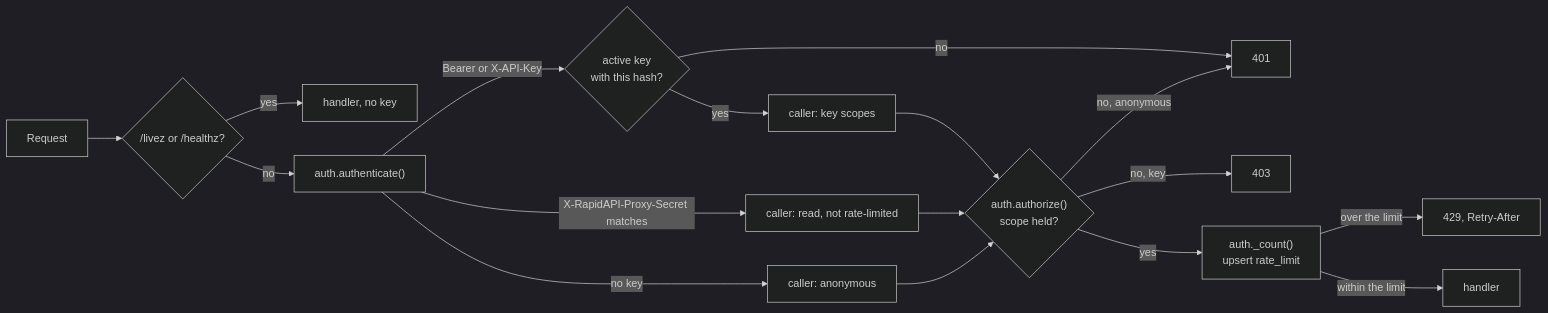
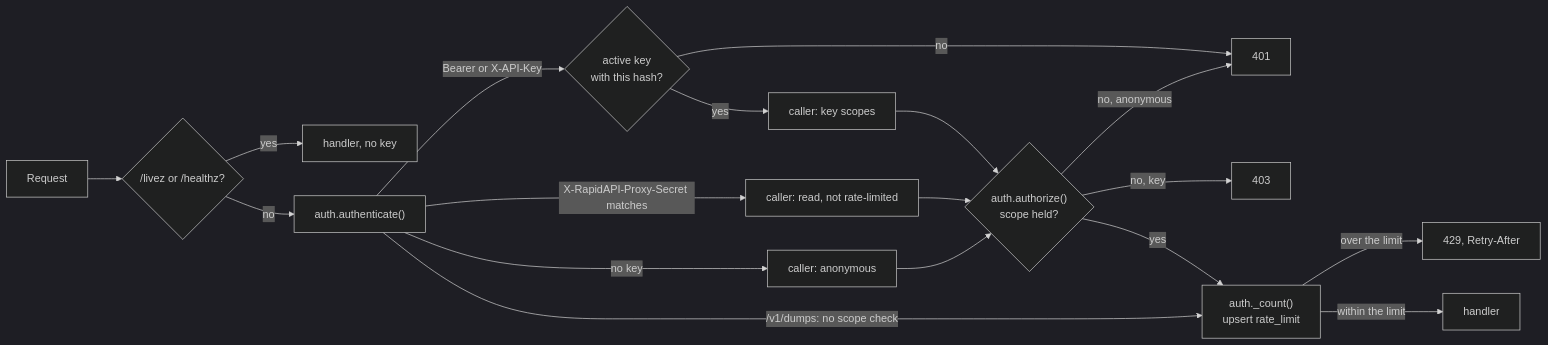
Diagram 13 of 14 in docs/architecture.md (eait-fit/fooddb), drawn with Mermaid (dark theme) before and after one commit. The commit also changed other lines of this file and 17 other files, not shown here.

````diff
--- a/docs/architecture.md
+++ b/docs/architecture.md
@@ -785,19 +856,20 @@
 ```mermaid
 flowchart LR
     req["Request"] --> open{"/livez or /healthz?"}
     open -->|yes| ok["handler, no key"]
     open -->|no| who["auth.authenticate()"]
     who -->|"Bearer or X-API-Key"| key{"active key<br/>with this hash?"}
     key -->|no| e401["401"]
     key -->|yes| caller["caller: key scopes"]
     who -->|"X-RapidAPI-Proxy-Secret matches"| rapid["caller: read, not rate-limited"]
     who -->|"no key"| anon["caller: anonymous"]
+    who -->|"/v1/dumps: no scope check"| count
     caller --> scope{"auth.authorize()<br/>scope held?"}
     rapid --> scope
     anon --> scope
     scope -->|"no, anonymous"| e401
     scope -->|"no, key"| e403["403"]
     scope -->|yes| count["auth._count()<br/>upsert rate_limit"]
     count -->|"over the limit"| e429["429, Retry-After"]
     count -->|"within the limit"| handler["handler"]
 ```
````
